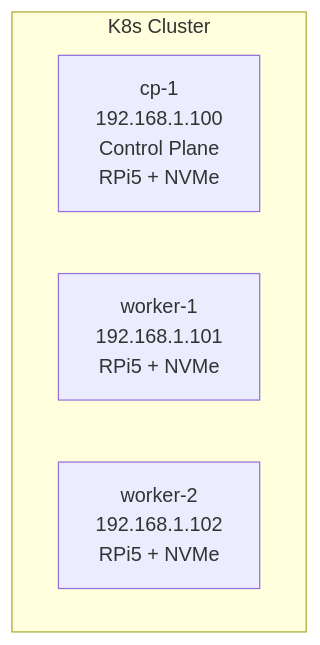
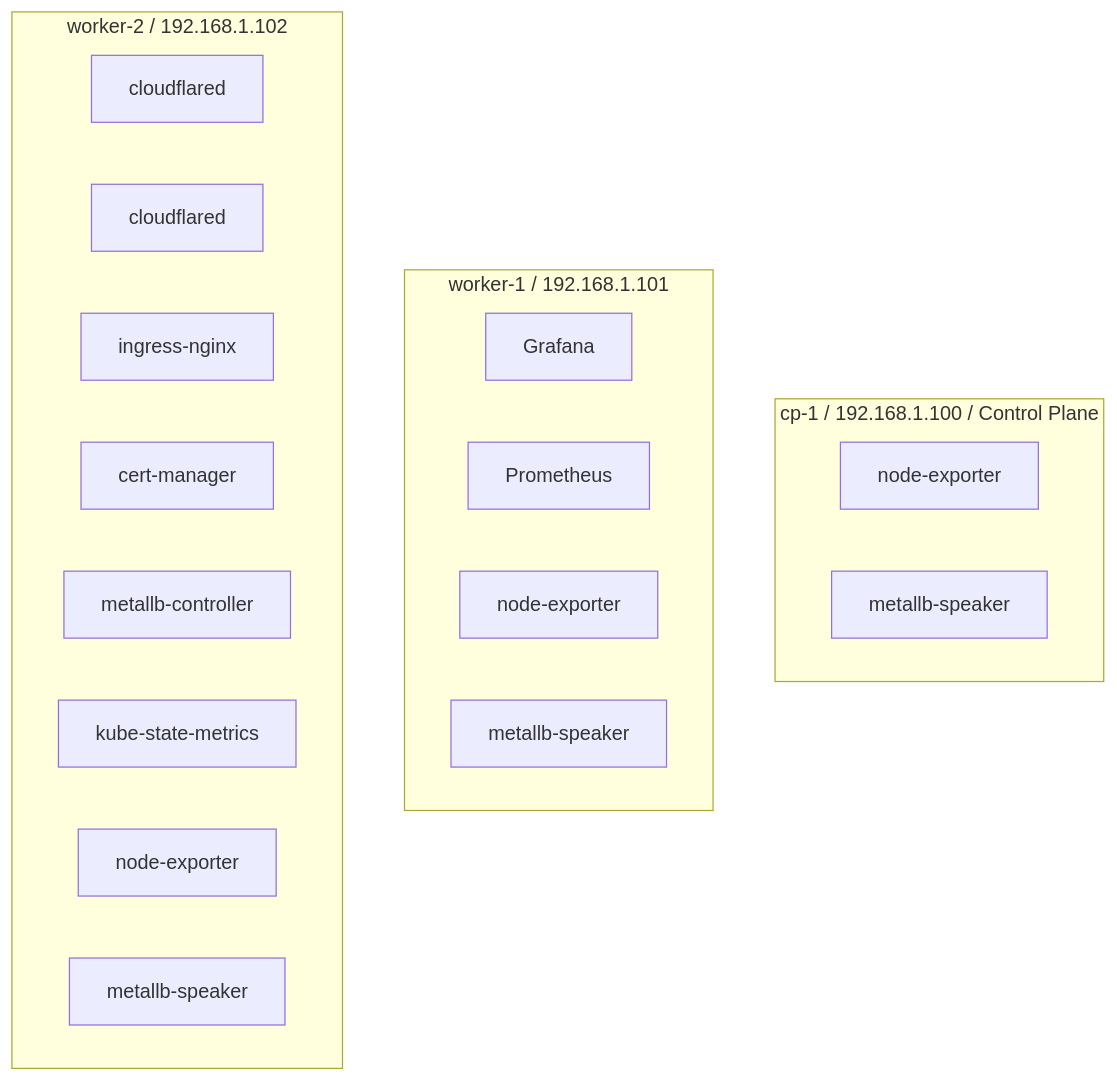
One commit to kodaikumatani/homelab-k8s changed the fourth of 4 diagrams in README.md. Above: the diagram before and after it, drawn with Mermaid. The commit also changed other lines of this file, not shown here.

Commit message:
Add pod layout diagram to README

````diff
--- a/README.md
+++ b/README.md
@@ -69,8 +69,23 @@
 ```mermaid
 graph TB
-  subgraph K8s Cluster
-    CP[cp-1<br>192.168.1.100<br>Control Plane<br>RPi5 + NVMe]
-    W1[worker-1<br>192.168.1.101<br>RPi5 + NVMe]
-    W2[worker-2<br>192.168.1.102<br>RPi5 + NVMe]
+  subgraph cp-1 [cp-1 / 192.168.1.100 / Control Plane]
+    CP_NE[node-exporter]
+    CP_MS[metallb-speaker]
+  end
+  subgraph worker-1 [worker-1 / 192.168.1.101]
+    W1_GF[Grafana]
+    W1_PM[Prometheus]
+    W1_NE[node-exporter]
+    W1_MS[metallb-speaker]
+  end
+  subgraph worker-2 [worker-2 / 192.168.1.102]
+    W2_CD1[cloudflared]
+    W2_CD2[cloudflared]
+    W2_IG[ingress-nginx]
+    W2_CM[cert-manager]
+    W2_MC[metallb-controller]
+    W2_KSM[kube-state-metrics]
+    W2_NE[node-exporter]
+    W2_MS[metallb-speaker]
   end
 ```
````
